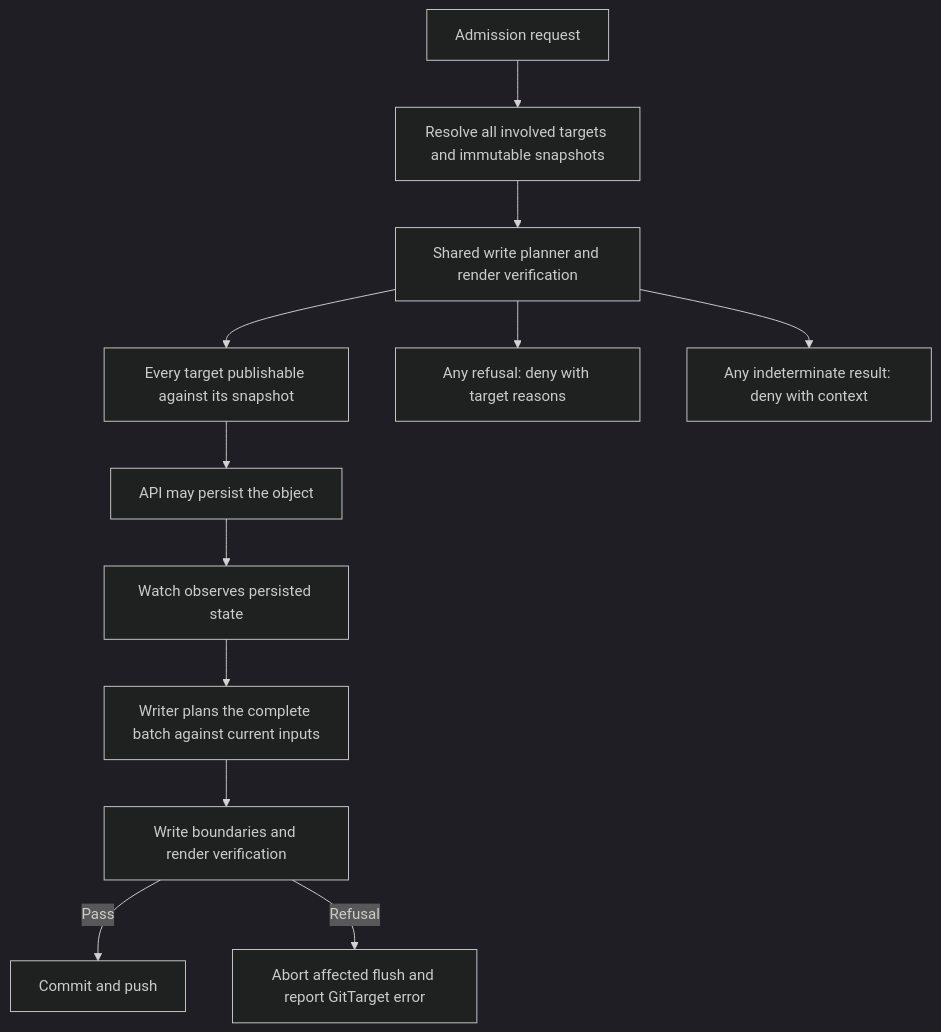
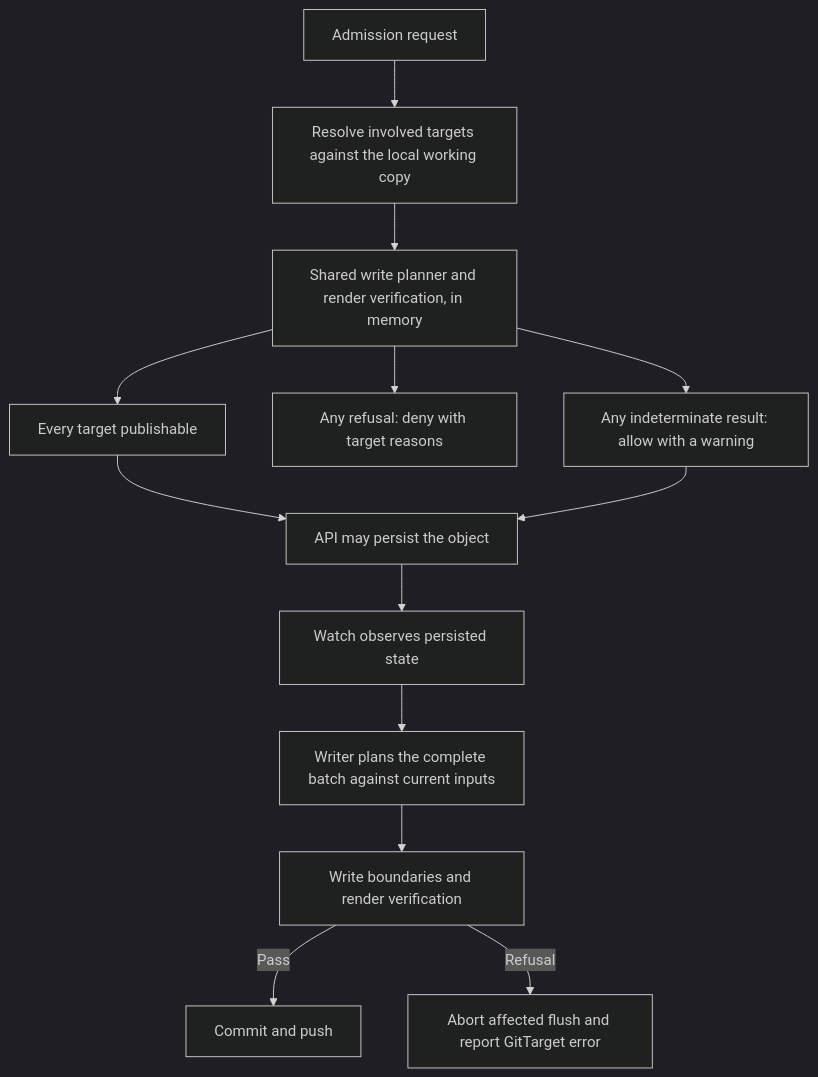
Before and after one commit to ConfigButler/gitops-reverser: the diagram in docs/design/git-write-preflight.md, drawn with Mermaid (dark theme). The commit also changed other lines of this file, not shown here.

````diff
--- a/docs/design/git-write-preflight.md
+++ b/docs/design/git-write-preflight.md
@@ -112,14 +179,15 @@
 ```mermaid
 flowchart TD
-  R[Admission request] --> S[Resolve all involved targets and immutable snapshots]
-  S --> P[Shared write planner and render verification]
-  P --> A[Every target publishable against its snapshot]
+  R[Admission request] --> S[Resolve involved targets against the local working copy]
+  S --> P[Shared write planner and render verification, in memory]
+  P --> A[Every target publishable]
   P --> D[Any refusal: deny with target reasons]
-  P --> U[Any indeterminate result: deny with context]
+  P --> U[Any indeterminate result: allow with a warning]
   A --> K[API may persist the object]
+  U --> K
   K --> W[Watch observes persisted state]
   W --> B[Writer plans the complete batch against current inputs]
   B --> V[Write boundaries and render verification]
   V -->|Pass| G[Commit and push]
   V -->|Refusal| X[Abort affected flush and report GitTarget error]
 ```
````
